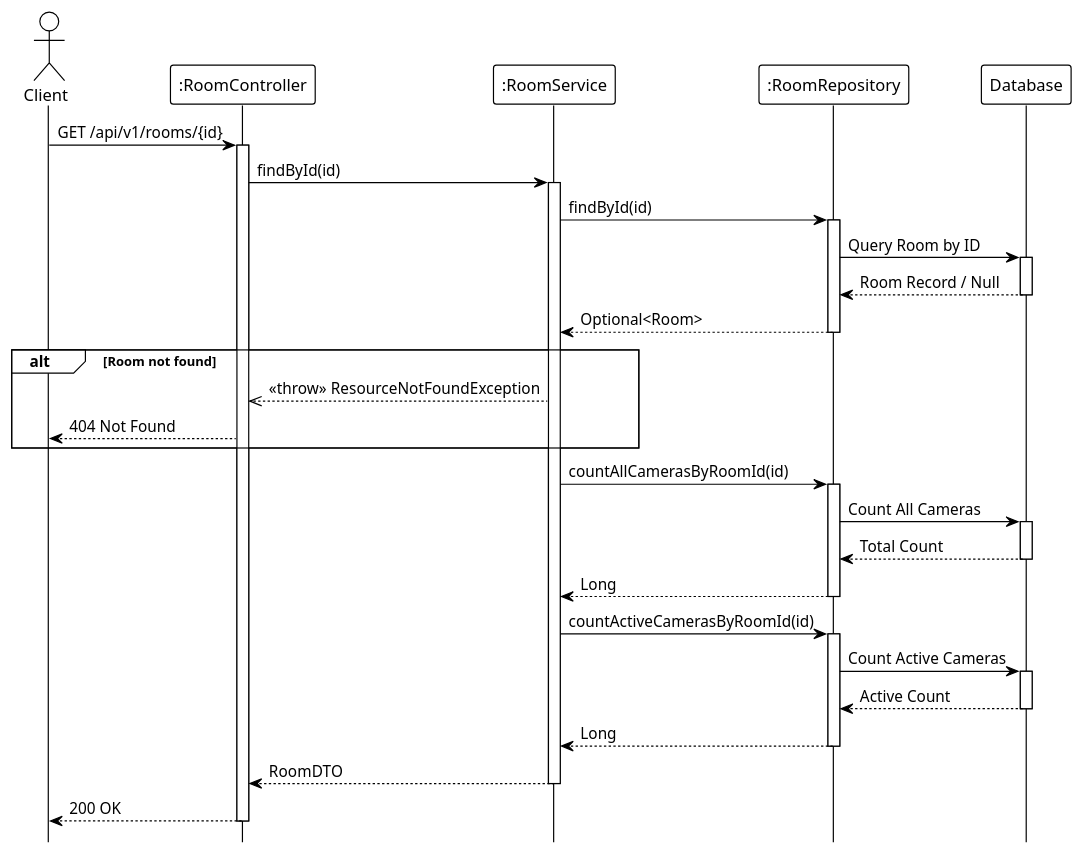
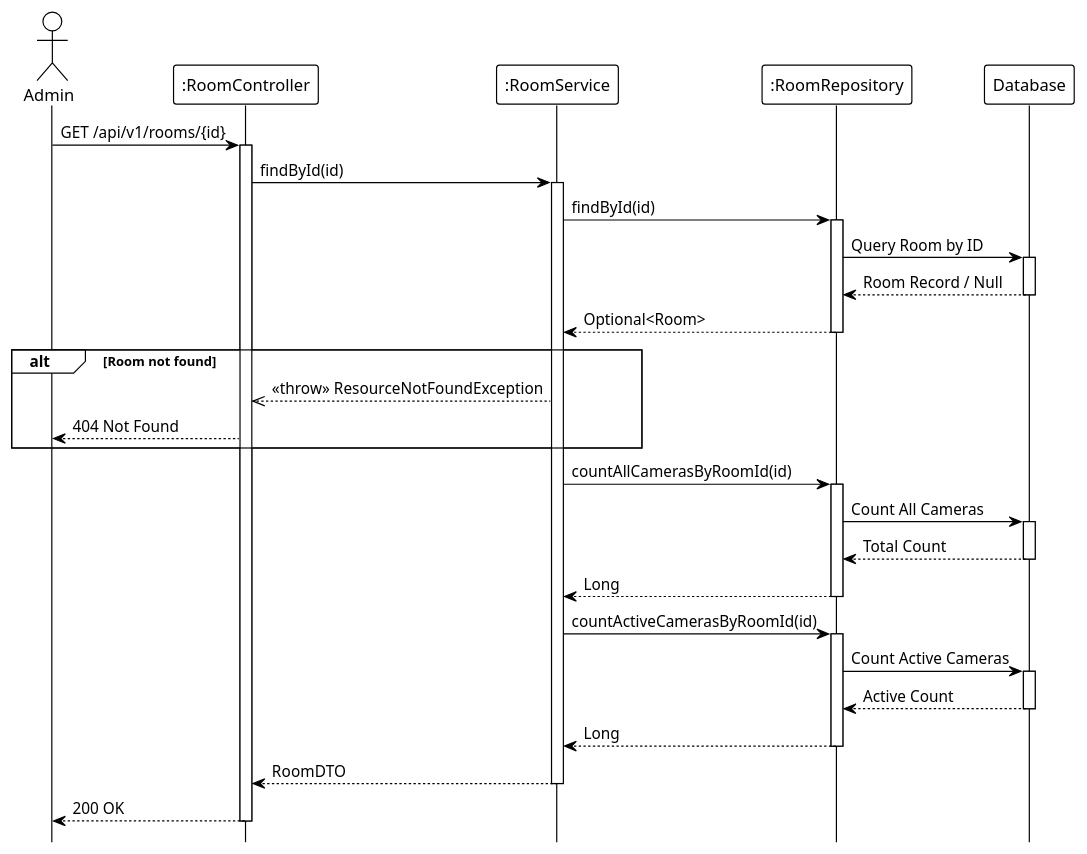
One commit to Ndh474/context changed the diagram in system_detailed_design/56_view_room_details/sequence_diagram_view_room_details.puml. Above: the diagram before and after it, drawn with PlantUML. The commit also changed 61 other files, not shown here.

First line of the commit message:
refactor(diagrams): update actor from Client to Admin in sequence diagrams

```diff
--- a/system_detailed_design/56_view_room_details/sequence_diagram_view_room_details.puml
+++ b/system_detailed_design/56_view_room_details/sequence_diagram_view_room_details.puml
@@ -1,64 +1,64 @@
 @startuml view_room_details
 !theme plain
 hide footbox
 
-actor Client
+actor Admin
 participant ":RoomController" as Controller
 participant ":RoomService" as Service
 participant ":RoomRepository" as Repository
 participant "Database" as DB
 
 ' --- MAIN FLOW ---
-Client -> Controller: GET /api/v1/rooms/{id}
+Admin -> Controller: GET /api/v1/rooms/{id}
 activate Controller
 
 Controller -> Service: findById(id)
 activate Service
 
 Service -> Repository: findById(id)
 activate Repository
 
 Repository -> DB: Query Room by ID
 activate DB
 DB --> Repository: Room Record / Null
 deactivate DB
 
 Repository --> Service: Optional<Room>
 deactivate Repository
 
 ' --- VALIDATION LOGIC ---
 alt Room not found
     Service -->> Controller: <<throw>> ResourceNotFoundException
-    Controller --> Client: 404 Not Found
+    Controller --> Admin: 404 Not Found
 end
 
 ' --- GET CAMERA STATISTICS ---
 Service -> Repository: countAllCamerasByRoomId(id)
 activate Repository
 
 Repository -> DB: Count All Cameras
 activate DB
 DB --> Repository: Total Count
 deactivate DB
 
 Repository --> Service: Long
 deactivate Repository
 
 Service -> Repository: countActiveCamerasByRoomId(id)
 activate Repository
 
 Repository -> DB: Count Active Cameras
 activate DB
 DB --> Repository: Active Count
 deactivate DB
 
 Repository --> Service: Long
 deactivate Repository
 
 Service --> Controller: RoomDTO
 deactivate Service
 
-Controller --> Client: 200 OK
+Controller --> Admin: 200 OK
 deactivate Controller
 
 @enduml
```
